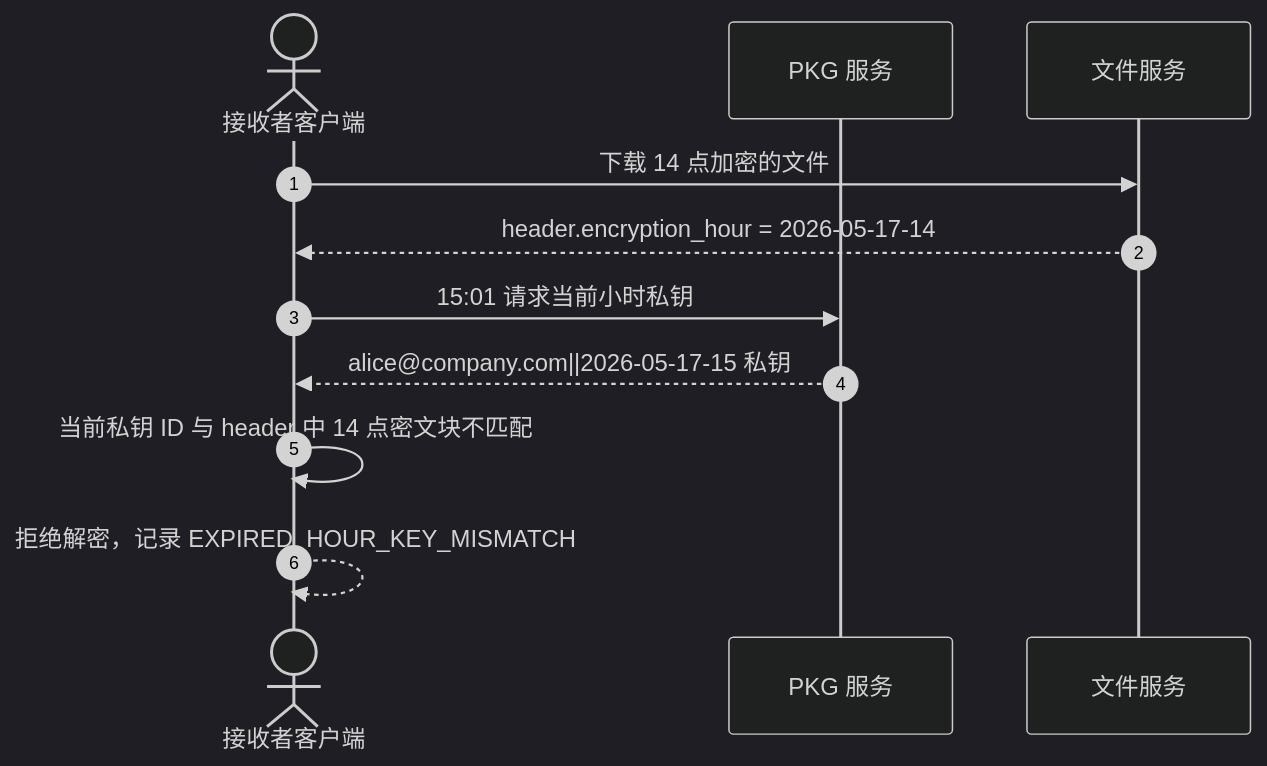
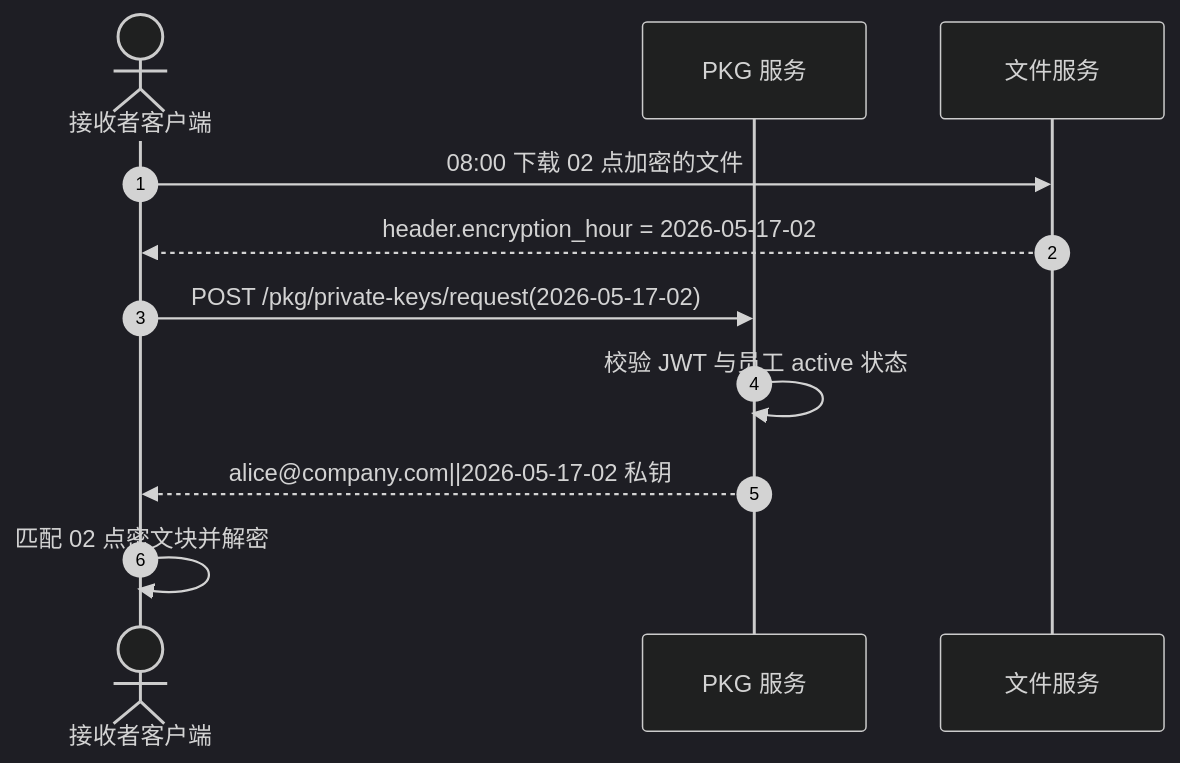
The fifth of 7 diagrams in docs/diagrams.md (firfisa/BF-IBE), drawn with Mermaid (dark theme) before and after one commit. The commit also changed other lines of this file and 6 other files, not shown here.

````diff
--- a/docs/diagrams.md
+++ b/docs/diagrams.md
@@ -84,14 +84,14 @@
 ```mermaid
 sequenceDiagram
   autonumber
   actor Client as 接收者客户端
   participant PKG as PKG 服务
   participant FS as 文件服务
 
-  Client->>FS: 下载 14 点加密的文件
-  FS-->>Client: header.encryption_hour = 2026-05-17-14
-  Client->>PKG: 15:01 请求当前小时私钥
-  PKG-->>Client: alice@company.com||2026-05-17-15 私钥
-  Client->>Client: 当前私钥 ID 与 header 中 14 点密文块不匹配
-  Client-->>Client: 拒绝解密，记录 EXPIRED_HOUR_KEY_MISMATCH
+  Client->>FS: 08:00 下载 02 点加密的文件
+  FS-->>Client: header.encryption_hour = 2026-05-17-02
+  Client->>PKG: POST /pkg/private-keys/request(2026-05-17-02)
+  PKG->>PKG: 校验 JWT 与员工 active 状态
+  PKG-->>Client: alice@company.com||2026-05-17-02 私钥
+  Client->>Client: 匹配 02 点密文块并解密
 ```
````
